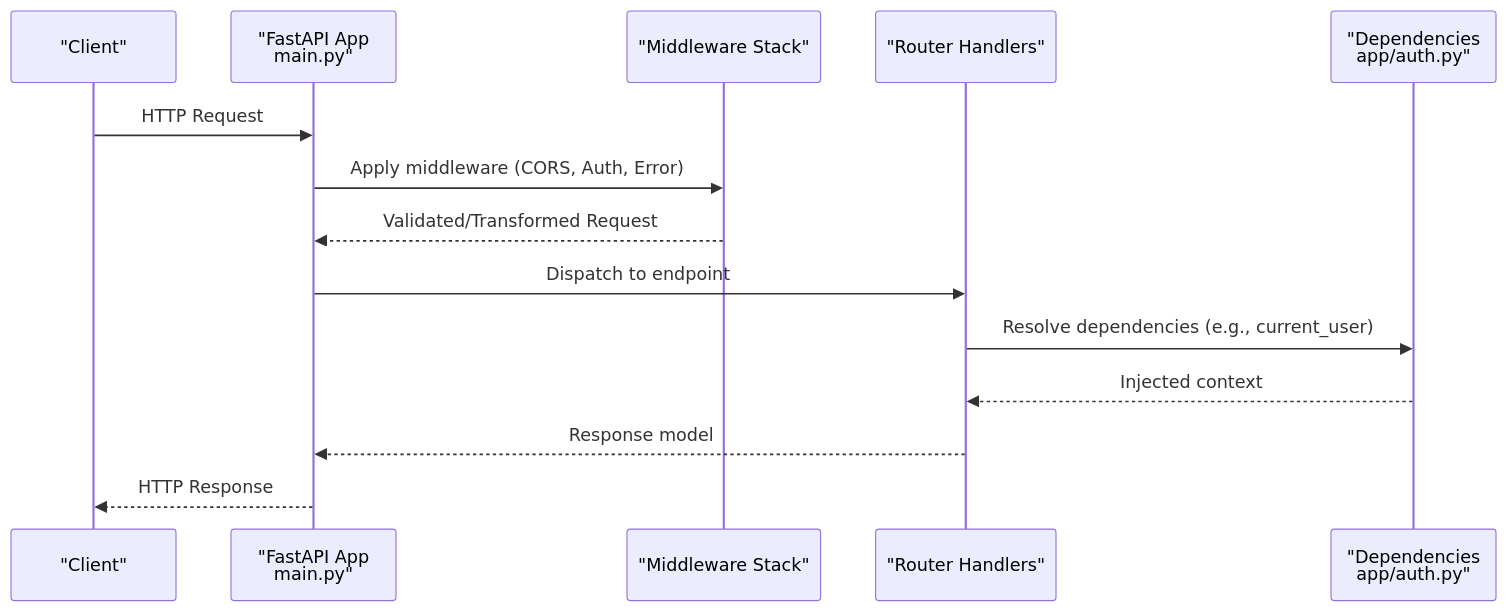
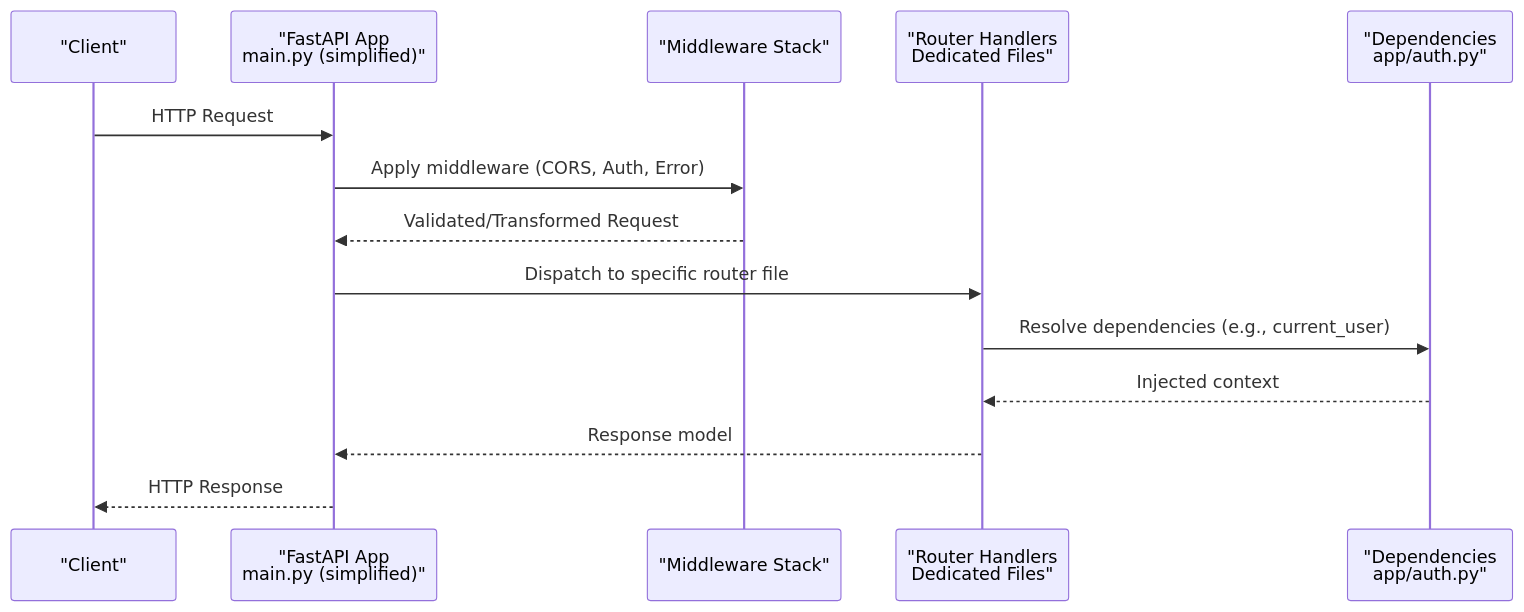
The second of 12 diagrams in .qoder/repowiki/en/content/Architecture/Web Application Architecture/Server & Routing.md (zuohaisu/wecom-archive), drawn with Mermaid before and after one commit. The commit also changed other lines of this file and 148 other files, not shown here.

````diff
--- a/.qoder/repowiki/en/content/Architecture/Web Application Architecture/Server & Routing.md
+++ b/.qoder/repowiki/en/content/Architecture/Web Application Architecture/Server & Routing.md
@@ -89,16 +113,16 @@
 ```mermaid
 sequenceDiagram
 participant Client as "Client"
-participant FastAPI as "FastAPI App<br/>main.py"
+participant FastAPI as "FastAPI App<br/>main.py (simplified)"
 participant MW as "Middleware Stack"
-participant Router as "Router Handlers"
+participant Router as "Router Handlers<br/>Dedicated Files"
 participant Deps as "Dependencies<br/>app/auth.py"
 Client->>FastAPI : HTTP Request
 FastAPI->>MW : Apply middleware (CORS, Auth, Error)
 MW-->>FastAPI : Validated/Transformed Request
-FastAPI->>Router : Dispatch to endpoint
+FastAPI->>Router : Dispatch to specific router file
 Router->>Deps : Resolve dependencies (e.g., current_user)
 Deps-->>Router : Injected context
 Router-->>FastAPI : Response model
 FastAPI-->>Client : HTTP Response
 ```
````
